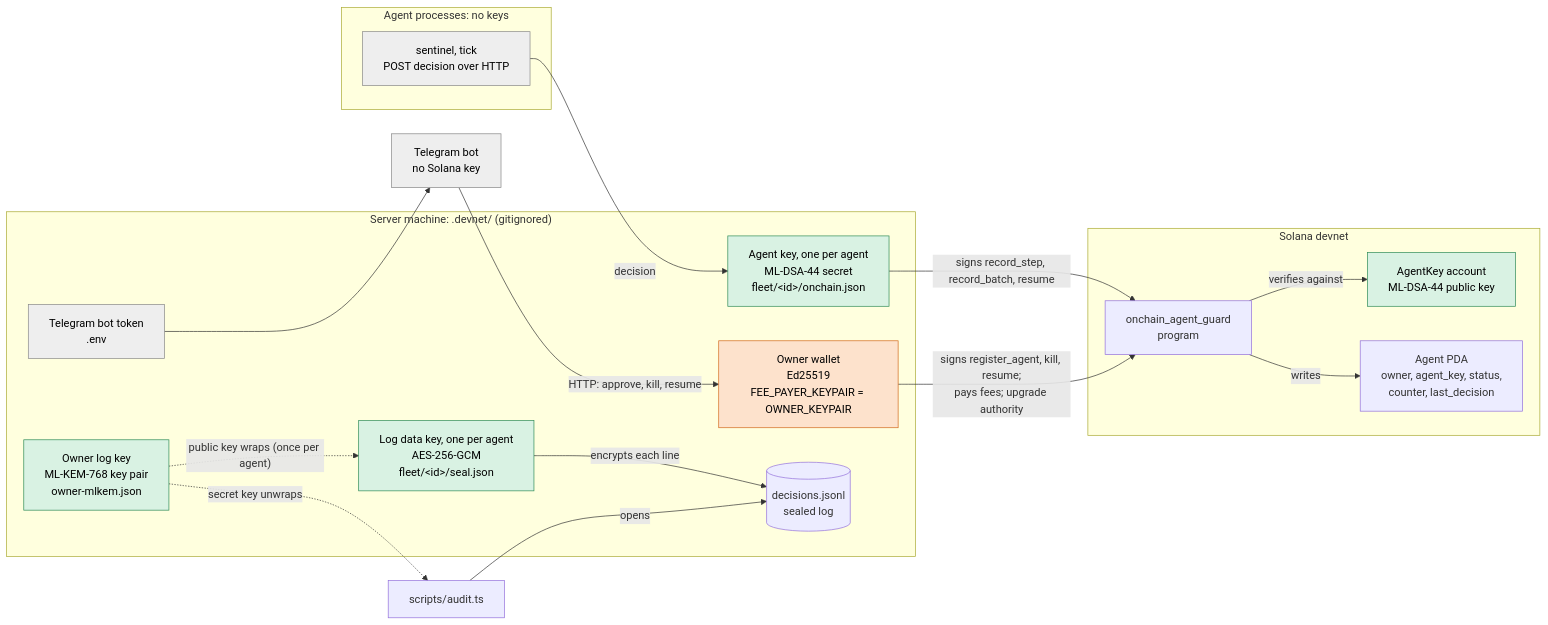
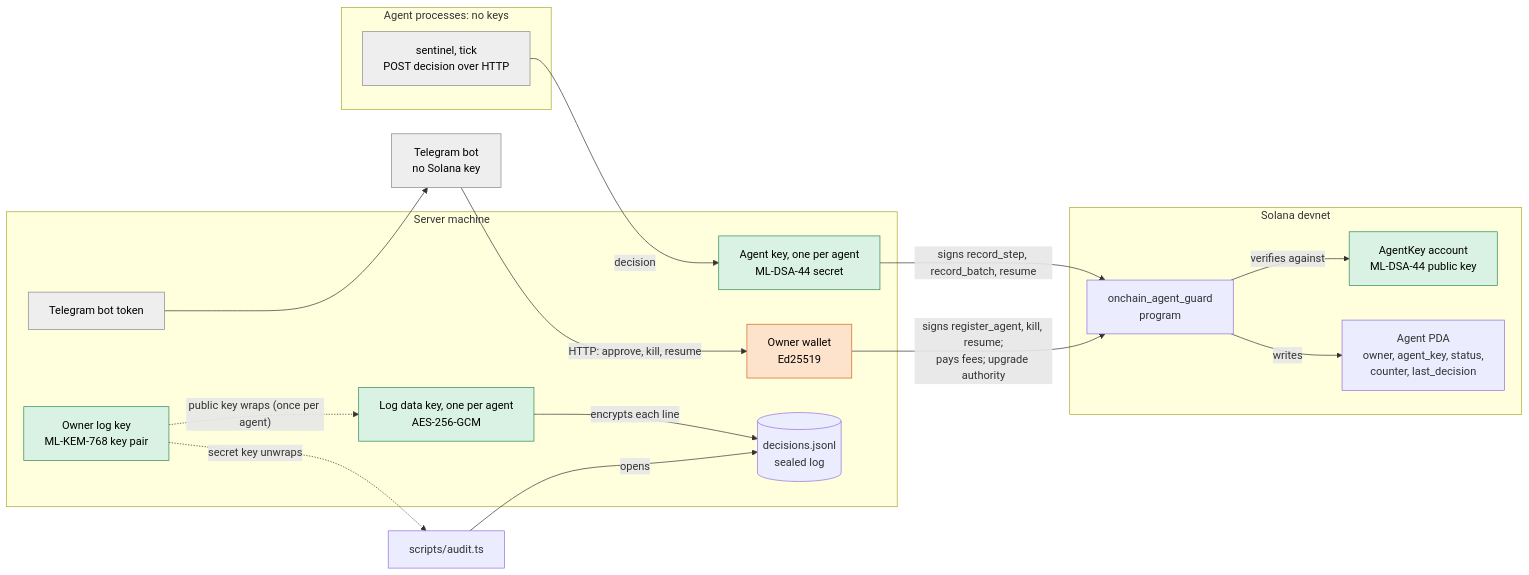
Before and after one commit to jakubGodula/Oberek: the diagram in spec/keys.md, drawn with Mermaid. The commit also changed other lines of this file, not shown here.

````diff
--- a/spec/keys.md
+++ b/spec/keys.md
@@ -18,43 +19,43 @@
 ```mermaid
 flowchart LR
     subgraph Agents["Agent processes: no keys"]
         AP["sentinel, tick<br/>POST decision over HTTP"]
     end
 
-    subgraph Server["Server machine: .devnet/ (gitignored)"]
-        MLDSA["Agent key, one per agent<br/>ML-DSA-44 secret<br/>fleet/&lt;id&gt;/onchain.json"]
-        WALLET["Owner wallet<br/>Ed25519<br/>FEE_PAYER_KEYPAIR = OWNER_KEYPAIR"]
-        DATAKEY["Log data key, one per agent<br/>AES-256-GCM<br/>fleet/&lt;id&gt;/seal.json"]
-        KEM["Owner log key<br/>ML-KEM-768 key pair<br/>owner-mlkem.json"]
+    subgraph Server["Server machine"]
+        MLDSA["Agent key, one per agent<br/>ML-DSA-44 secret"]
+        WALLET["Owner wallet<br/>Ed25519"]
+        DATAKEY["Log data key, one per agent<br/>AES-256-GCM"]
+        KEM["Owner log key<br/>ML-KEM-768 key pair"]
         LOG[("decisions.jsonl<br/>sealed log")]
-        TOKEN["Telegram bot token<br/>.env"]
+        TOKEN["Telegram bot token"]
     end
 
     subgraph Chain["Solana devnet"]
         PROG["onchain_agent_guard<br/>program"]
         AK["AgentKey account<br/>ML-DSA-44 public key"]
         AG["Agent PDA<br/>owner, agent_key, status,<br/>counter, last_decision"]
     end
 
     BOT["Telegram bot<br/>no Solana key"]
     AUDIT["scripts/audit.ts"]
 
     AP -->|decision| MLDSA
     MLDSA -->|"signs record_step, record_batch, resume"| PROG
     WALLET -->|"signs register_agent, kill, resume;<br/>pays fees; upgrade authority"| PROG
     PROG -->|verifies against| AK
     PROG -->|writes| AG
     KEM -.->|"public key wraps (once per agent)"| DATAKEY
     DATAKEY -->|encrypts each line| LOG
     KEM -.->|"secret key unwraps"| AUDIT
     AUDIT -->|opens| LOG
     TOKEN --> BOT
     BOT -->|"HTTP: approve, kill, resume"| WALLET
 
     classDef pq fill:#d9f2e3,stroke:#2e8b57,color:#000
     classDef classic fill:#fde2cc,stroke:#d2691e,color:#000
     classDef other fill:#eeeeee,stroke:#888888,color:#000
     class MLDSA,KEM,DATAKEY,AK pq
     class WALLET classic
     class TOKEN,BOT,AP other
 ```
````
